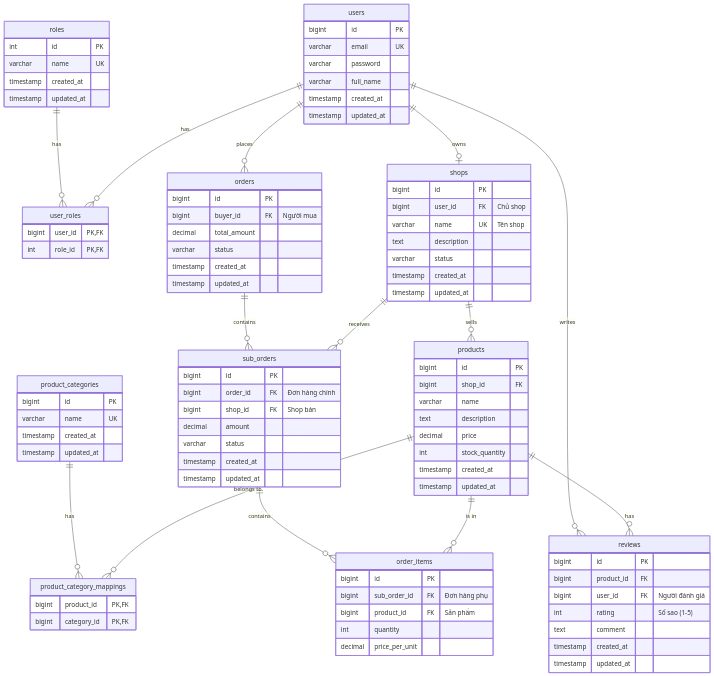
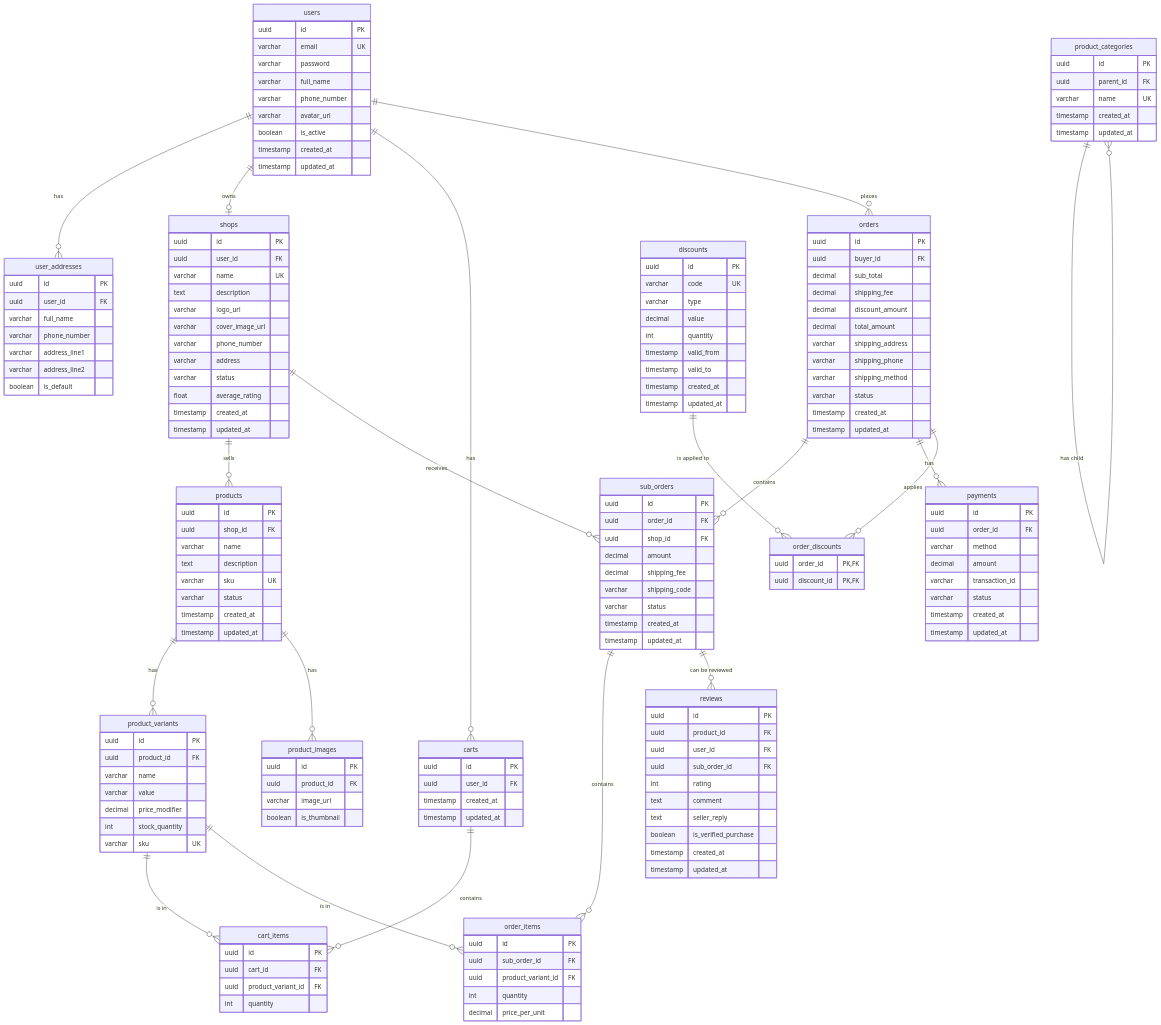
One commit to datctdev/hsf302-mvc changed the diagram in DATABASE_SCHEMA.md. Above: the diagram before and after it, drawn with Mermaid. The commit also changed other lines of this file and 1 other file, not shown here.

````diff
--- a/DATABASE_SCHEMA.md
+++ b/DATABASE_SCHEMA.md
@@ -17,107 +15,184 @@
 ```mermaid
 erDiagram
     users {
-        bigint id PK
+        uuid id PK
         varchar email UK
         varchar password
         varchar full_name
+        varchar phone_number
+        varchar avatar_url
+        boolean is_active
         timestamp created_at
         timestamp updated_at
     }
 
-    roles {
-        int id PK
+    user_addresses {
+        uuid id PK
+        uuid user_id FK
+        varchar full_name
+        varchar phone_number
+        varchar address_line1
+        varchar address_line2
+        boolean is_default
+    }
+
+    shops {
+        uuid id PK
+        uuid user_id FK
+        varchar name UK
+        text description
+        varchar logo_url
+        varchar cover_image_url
+        varchar phone_number
+        varchar address
+        varchar status
+        float average_rating
+        timestamp created_at
+        timestamp updated_at
+    }
+
+    products {
+        uuid id PK
+        uuid shop_id FK
+        varchar name
+        text description
+        varchar sku UK
+        varchar status
+        timestamp created_at
+        timestamp updated_at
+    }
+
+    product_variants {
+        uuid id PK
+        uuid product_id FK
+        varchar name
+        varchar value
+        decimal price_modifier
+        int stock_quantity
+        varchar sku UK
+    }
+
+    product_images {
+        uuid id PK
+        uuid product_id FK
+        varchar image_url
+        boolean is_thumbnail
+    }
+
+    product_categories {
+        uuid id PK
+        uuid parent_id FK
         varchar name UK
         timestamp created_at
         timestamp updated_at
     }
 
-    user_roles {
-        bigint user_id PK, FK
-        int role_id PK, FK
+    carts {
+        uuid id PK
+        uuid user_id FK
+        timestamp created_at
+        timestamp updated_at
     }
 
-    shops {
-        bigint id PK
-        bigint user_id FK "Chủ shop"
-        varchar name UK "Tên shop"
-        text description
+    cart_items {
+        uuid id PK
+        uuid cart_id FK
+        uuid product_variant_id FK
+        int quantity
+    }
+
+    orders {
+        uuid id PK
+        uuid buyer_id FK
+        decimal sub_total
+        decimal shipping_fee
+        decimal discount_amount
+        decimal total_amount
+        varchar shipping_address
+        varchar shipping_phone
+        varchar shipping_method
         varchar status
         timestamp created_at
         timestamp updated_at
     }
-
-    products {
-        bigint id PK
-        bigint shop_id FK
-        varchar name
-        text description
-        decimal price
-        int stock_quantity
-        timestamp created_at
-        timestamp updated_at
-    }
-
-    product_categories {
-        bigint id PK
-        varchar name UK
-        timestamp created_at
-        timestamp updated_at
-    }
-
-    product_category_mappings {
-        bigint product_id PK, FK
-        bigint category_id PK, FK
-    }
-
-    orders {
-        bigint id PK
-        bigint buyer_id FK "Người mua"
-        decimal total_amount
-        varchar status
-        timestamp created_at
-        timestamp updated_at
-    }
-
+    
     sub_orders {
-        bigint id PK
-        bigint order_id FK "Đơn hàng chính"
-        bigint shop_id FK "Shop bán"
+        uuid id PK
+        uuid order_id FK
+        uuid shop_id FK
         decimal amount
+        decimal shipping_fee
+        varchar shipping_code
         varchar status
         timestamp created_at
         timestamp updated_at
     }
 
     order_items {
-        bigint id PK
-        bigint sub_order_id FK "Đơn hàng phụ"
-        bigint product_id FK "Sản phẩm"
+        uuid id PK
+        uuid sub_order_id FK
+        uuid product_variant_id FK
         int quantity
         decimal price_per_unit
     }
 
-    reviews {
-        bigint id PK
-        bigint product_id FK
-        bigint user_id FK "Người đánh giá"
-        int rating "Số sao (1-5)"
-        text comment
+    payments {
+        uuid id PK
+        uuid order_id FK
+        varchar method
+        decimal amount
+        varchar transaction_id
+        varchar status
         timestamp created_at
         timestamp updated_at
     }
 
-    users ||--o{ user_roles : "has"
-    roles ||--o{ user_roles : "has"
+    reviews {
+        uuid id PK
+        uuid product_id FK
+        uuid user_id FK
+        uuid sub_order_id FK
+        int rating
+        text comment
+        text seller_reply
+        boolean is_verified_purchase
+        timestamp created_at
+        timestamp updated_at
+    }
+
+    discounts {
+        uuid id PK
+        varchar code UK
+        varchar type
+        decimal value
+        int quantity
+        timestamp valid_from
+        timestamp valid_to
+        timestamp created_at
+        timestamp updated_at
+    }
+
+    order_discounts {
+        uuid order_id PK, FK
+        uuid discount_id PK, FK
+    }
+
+    users ||--o{ user_addresses : "has"
     users ||--o| shops : "owns"
+    users ||--o{ carts : "has"
+    users ||--o{ orders : "places"
     shops ||--o{ products : "sells"
     shops ||--o{ sub_orders : "receives"
-    products ||--o{ product_category_mappings : "belongs to"
-    product_categories ||--o{ product_category_mappings : "has"
-    products ||--o{ order_items : "is in"
-    products ||--o{ reviews : "has"
-    users ||--o{ orders : "places"
-    users ||--o{ reviews : "writes"
+    products ||--o{ product_variants : "has"
+    products ||--o{ product_images : "has"
+    product_categories ||--o{ product_categories : "has child"
+    carts ||--o{ cart_items : "contains"
+    product_variants ||--o{ cart_items : "is in"
     orders ||--o{ sub_orders : "contains"
+    orders ||--o{ payments : "has"
+    orders ||--o{ order_discounts : "applies"
+    discounts ||--o{ order_discounts : "is applied to"
     sub_orders ||--o{ order_items : "contains"
+    product_variants ||--o{ order_items : "is in"
+    sub_orders ||--o{ reviews : "can be reviewed"
 ```
````
